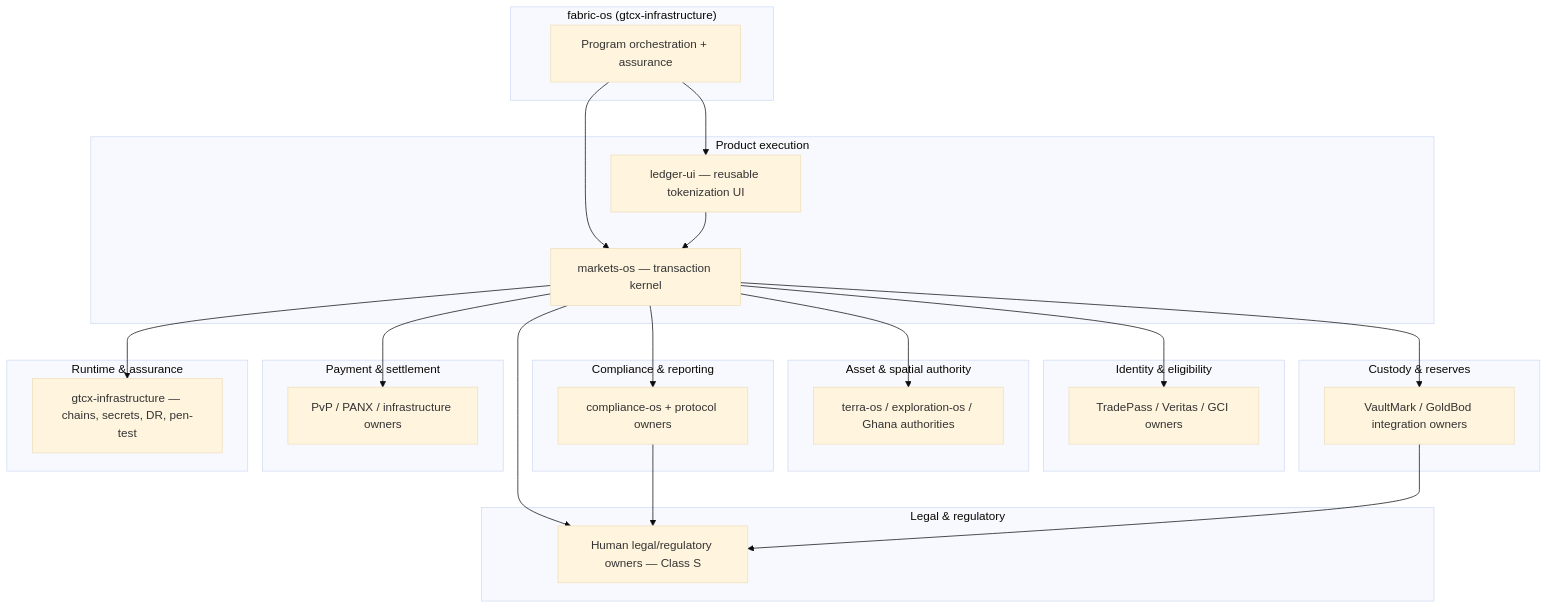
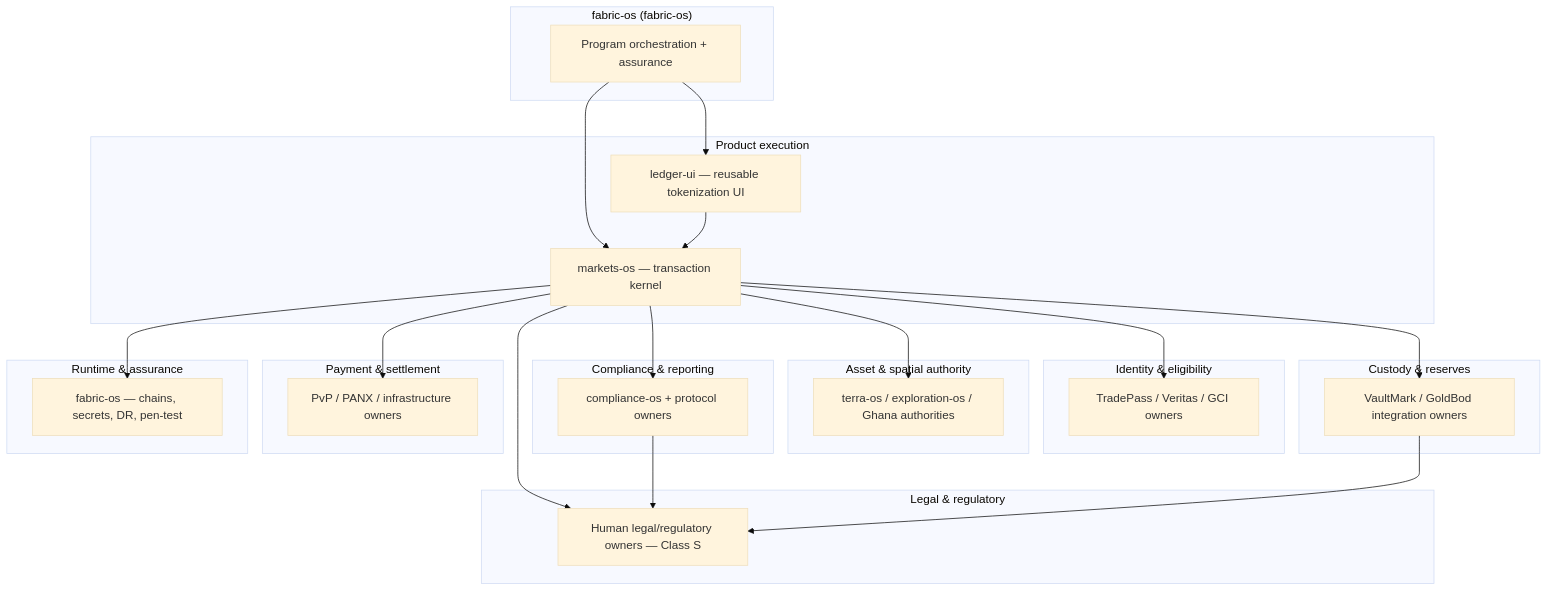
One commit to gtcx-ecosystem/fabric-os changed the diagram in docs/operations/coordination/xr-mkt-fabric-001-tokenization-execution-plan-2026-06-11.md. Above: the diagram before and after it, drawn with Mermaid (base theme). The commit also changed other lines of this file and 14 other files, not shown here.

````diff
--- a/docs/operations/coordination/xr-mkt-fabric-001-tokenization-execution-plan-2026-06-11.md
+++ b/docs/operations/coordination/xr-mkt-fabric-001-tokenization-execution-plan-2026-06-11.md
@@ -49,44 +49,44 @@
 ```mermaid
 flowchart TB
-  subgraph fabric["fabric-os (gtcx-infrastructure)"]
+  subgraph fabric["fabric-os (fabric-os)"]
     ORCH[Program orchestration + assurance]
   end
   subgraph product["Product execution"]
     MKT[markets-os — transaction kernel]
     UI[ledger-ui — reusable tokenization UI]
   end
   subgraph identity["Identity & eligibility"]
     TP[TradePass / Veritas / GCI owners]
   end
   subgraph asset["Asset & spatial authority"]
     TERRA[terra-os / exploration-os / Ghana authorities]
   end
   subgraph compliance["Compliance & reporting"]
     COS[compliance-os + protocol owners]
   end
   subgraph custody["Custody & reserves"]
     VAULT[VaultMark / GoldBod integration owners]
   end
   subgraph settlement["Payment & settlement"]
     PVP[PvP / PANX / infrastructure owners]
   end
   subgraph runtime["Runtime & assurance"]
-    INF[gtcx-infrastructure — chains, secrets, DR, pen-test]
+    INF[fabric-os — chains, secrets, DR, pen-test]
   end
   subgraph legal["Legal & regulatory"]
     HUMAN[Human legal/regulatory owners — Class S]
   end
 
   ORCH --> MKT
   ORCH --> UI
   MKT --> TP
   MKT --> TERRA
   MKT --> COS
   MKT --> VAULT
   MKT --> PVP
   MKT --> INF
   UI --> MKT
   MKT --> HUMAN
   COS --> HUMAN
   VAULT --> HUMAN
 ```
````
